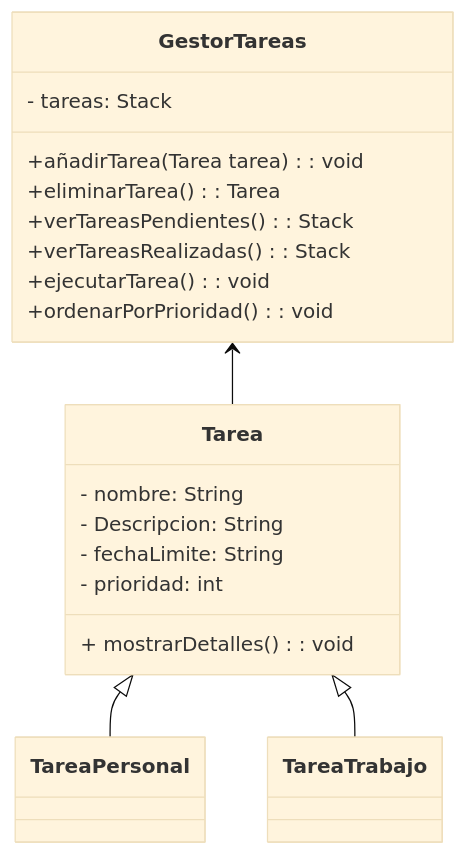
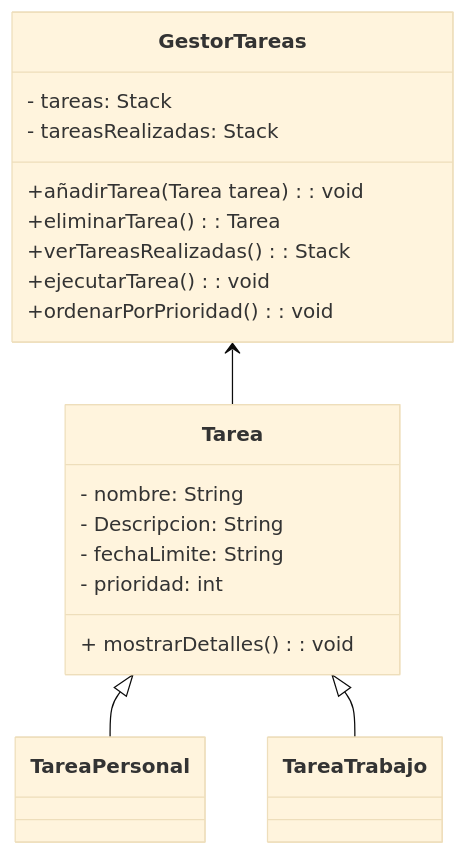
Before and after one commit to rifi45/Gestor-Tareas: the first of 2 diagrams in README.md, drawn with Mermaid (base theme).

Commit message:
Ultima MODIFICACION

````diff
--- a/README.md
+++ b/README.md
@@ -23,33 +23,34 @@
 ```mermaid
 classDiagram
     class GestorTareas {
         - tareas: Stack<Tarea>
+        - tareasRealizadas: Stack<Tarea>
+
         +añadirTarea(Tarea tarea) : void
         +eliminarTarea() : Tarea
-        +verTareasPendientes(): Stack<Tarea>
         +verTareasRealizadas(): Stack<Tarea>
         +ejecutarTarea(): void
         +ordenarPorPrioridad(): void
     }
     class Tarea {
         - nombre: String
         - Descripcion: String
         - fechaLimite: String
         - prioridad: int
         + mostrarDetalles(): void
     }
 
     class TareaPersonal {
        
     }
 
     class TareaTrabajo {
         
     }
 
     Tarea <|-- TareaPersonal
     Tarea <|-- TareaTrabajo
     GestorTareas <-- Tarea
 
 
 ```
````
